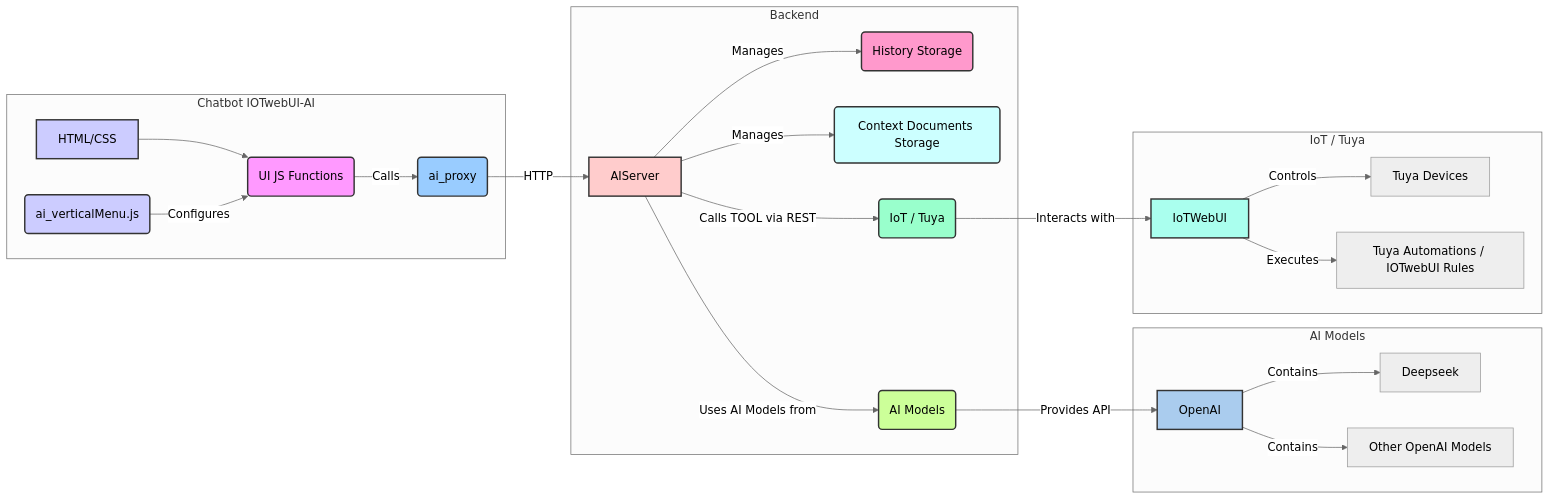
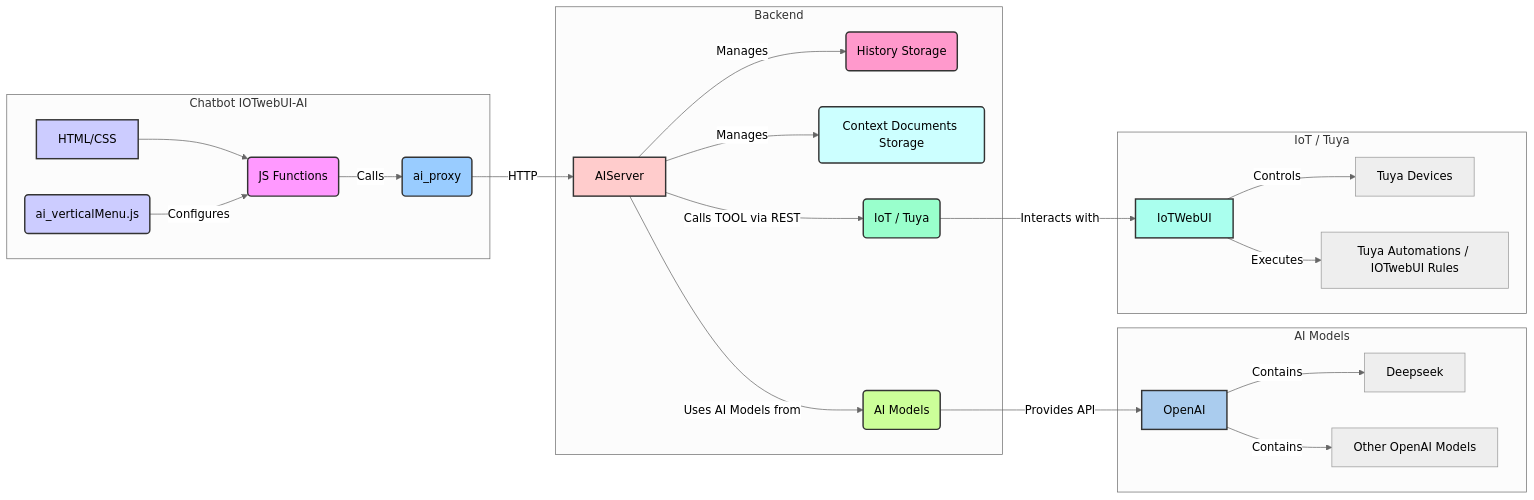
The diagram in IOTwebUI-AI/README.md (msillano/IoTwebUI), drawn with Mermaid before and after one commit.

````diff
--- a/IOTwebUI-AI/README.md
+++ b/IOTwebUI-AI/README.md
@@ -9,40 +9,40 @@
 ```mermaid
 %%{init: {'theme': 'neutral'}}%%
 graph LR
     subgraph Chatbot IOTwebUI-AI
         style UI fill:#ccf,stroke:#333,stroke-width:2px
         style UI_JS fill:#f9f,stroke:#333,stroke-width:2px
         style UI_Menu fill:#ccf,stroke:#333,stroke-width:2px
-        UI[HTML/CSS] --> UI_JS(UI JS Functions);
+        UI[HTML/CSS] --> UI_JS(JS Functions);
         UI_Menu(ai_verticalMenu.js) -- Configures --> UI_JS;
         UI_JS -- Calls --> Proxy(ai_proxy);
     end
 
     subgraph Backend
         style Proxy fill:#9cf,stroke:#333,stroke-width:2px
         style AIServer fill:#fcc,stroke:#333,stroke-width:2px
         style HistoryDB fill:#f9c,stroke:#333,stroke-width:2px
         style ContextFiles fill:#cff,stroke:#333,stroke-width:2px
         Proxy -- HTTP --> AIServer;
         AIServer -- Uses AI Models from --> AIModels(AI Models);
         AIServer -- Manages --> HistoryDB(History Storage);
         AIServer -- Manages --> ContextFiles(Context Documents Storage);
         AIServer -- Calls TOOL via REST --> IoT(IoT / Tuya);
     end
 
     subgraph AI Models
         style AIModels fill:#cf9,stroke:#333,stroke-width:2px
         style OpenAI fill:#ace,stroke:#333,stroke-width:2px
         AIModels -- Provides API --> OpenAI;
         OpenAI -- Contains --> Deepseek;
         OpenAI -- Contains --> GPTModels[Other OpenAI Models];
      end
 
     subgraph IoT / Tuya
         style IoT fill:#9fc,stroke:#333,stroke-width:2px
         style IoTWebUI fill:#afe,stroke:#333,stroke-width:2px
         IoT -- Interacts with --> IoTWebUI;
         IoTWebUI -- Controls --> TuyaDevices[Tuya Devices];
         IoTWebUI -- Executes --> TuyaAutomations[Tuya Automations / IOTwebUI Rules];
     end
 ```
````
